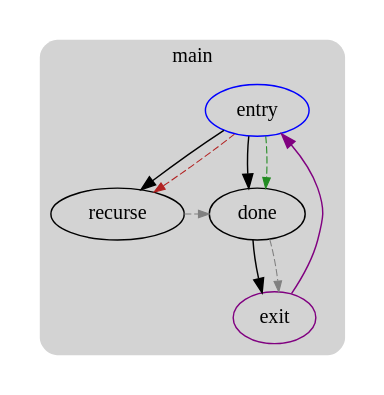
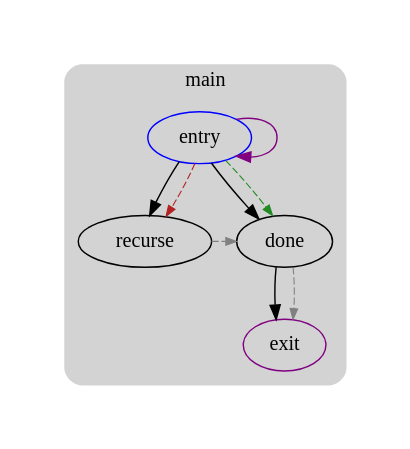
One commit to UnsignedByte/6120 changed the diagram in playground/recurse.domtree.dot. Above: the diagram before and after it, drawn with Graphviz. The commit also changed 76 other files, not shown here.

Commit message:
add margin around graphs

```diff
--- a/playground/recurse.domtree.dot
+++ b/playground/recurse.domtree.dot
@@ -1,24 +1,30 @@
 digraph G {
   compound=true
   subgraph cluster_ {
     peripheries=0
-    subgraph cluster_0 {
-      label="main"
-      color=darkgray
-      style=rounded
-      bgcolor=lightgray
-      cluster_0_0[label="entry",shape=oval,color=blue,rank=source]
-      cluster_0_1[label="recurse",shape=oval]
-      cluster_0_2[label="done",shape=oval]
-      cluster_0_exit[label=exit,color=purple,rank=sink]
-      cluster_0_0 -> cluster_0_1 [color=black]
-      cluster_0_0 -> cluster_0_2 [color=black]
-      cluster_0_2 -> cluster_0_exit [color=black]
-      cluster_0_0 -> cluster_0_2 [color=forestgreen,style=dashed,constraint=false,penwidth=0.75,arrowsize=0.75]
-      cluster_0_0 -> cluster_0_1 [color=firebrick,style=dashed,constraint=false,penwidth=0.75,arrowsize=0.75]
-      cluster_0_1 -> cluster_0_2 [color=gray,style=dashed,constraint=false,penwidth=0.75,arrowsize=0.75]
-      cluster_0_2 -> cluster_0_exit [color=gray,style=dashed,constraint=false,penwidth=0.75,arrowsize=0.75]
+    margin=10
+    subgraph cluster_0_wrapper {
+      peripheries=0
+      margin=15
+      subgraph cluster_0 {
+        label="main"
+        color=darkgray
+        style=rounded
+        bgcolor=lightgray
+        margin=10
+        cluster_0_0[label="entry",shape=oval,color=blue,rank=source]
+        cluster_0_1[label="recurse",shape=oval]
+        cluster_0_2[label="done",shape=oval]
+        cluster_0_exit[label=exit,color=purple,rank=sink]
+        cluster_0_0 -> cluster_0_1 [color=black]
+        cluster_0_0 -> cluster_0_2 [color=black]
+        cluster_0_2 -> cluster_0_exit [color=black]
+        cluster_0_0 -> cluster_0_2 [color=forestgreen,style=dashed,constraint=false,penwidth=0.75,arrowsize=0.75]
+        cluster_0_0 -> cluster_0_1 [color=firebrick,style=dashed,constraint=false,penwidth=0.75,arrowsize=0.75]
+        cluster_0_1 -> cluster_0_2 [color=gray,style=dashed,constraint=false,penwidth=0.75,arrowsize=0.75]
+        cluster_0_2 -> cluster_0_exit [color=gray,style=dashed,constraint=false,penwidth=0.75,arrowsize=0.75]
+      }
     }
-    cluster_0_exit -> cluster_0_0 [color=purple]
+    cluster_0_0 -> cluster_0_0 [color=purple,lhead=cluster_0,ltail=cluster_0]
   }
 }
```
